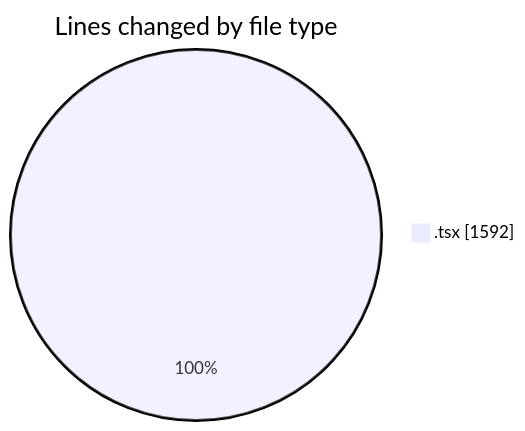
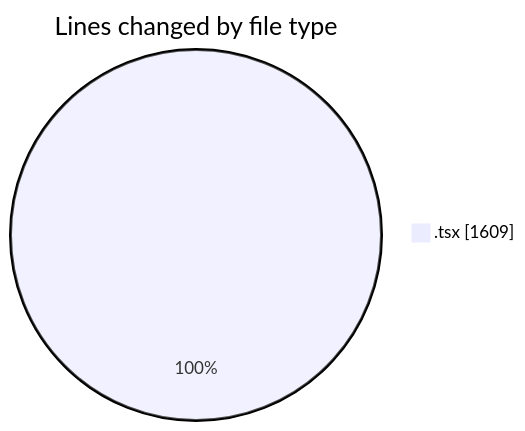
Before and after one commit to nxtqubesakshisongat/code-tracking: the first of 2 diagrams in 2026-03-18/nxtqube_webapp/README.md, drawn with Mermaid. The commit also changed other lines of this file and 1 other file, not shown here.

````diff
--- a/2026-03-18/nxtqube_webapp/README.md
+++ b/2026-03-18/nxtqube_webapp/README.md
@@ -23,5 +23,5 @@
 ```mermaid
 pie showData
 title Lines changed by file type
-".tsx" : 1592
+".tsx" : 1609
 ```
````
